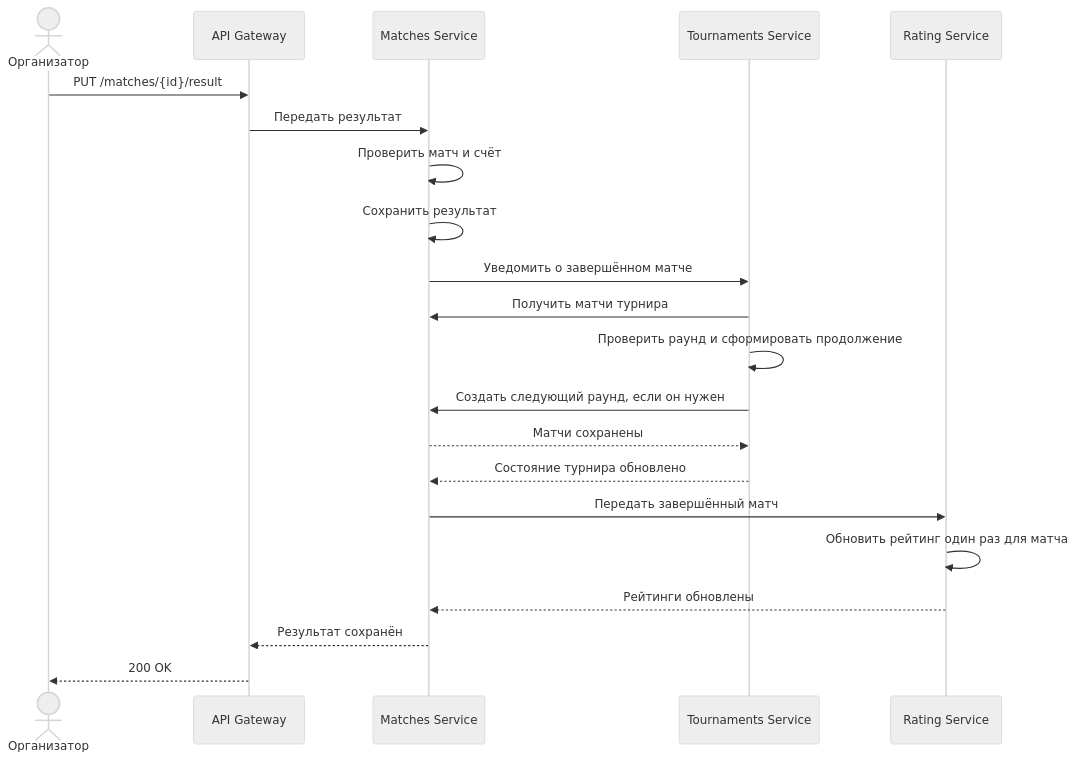
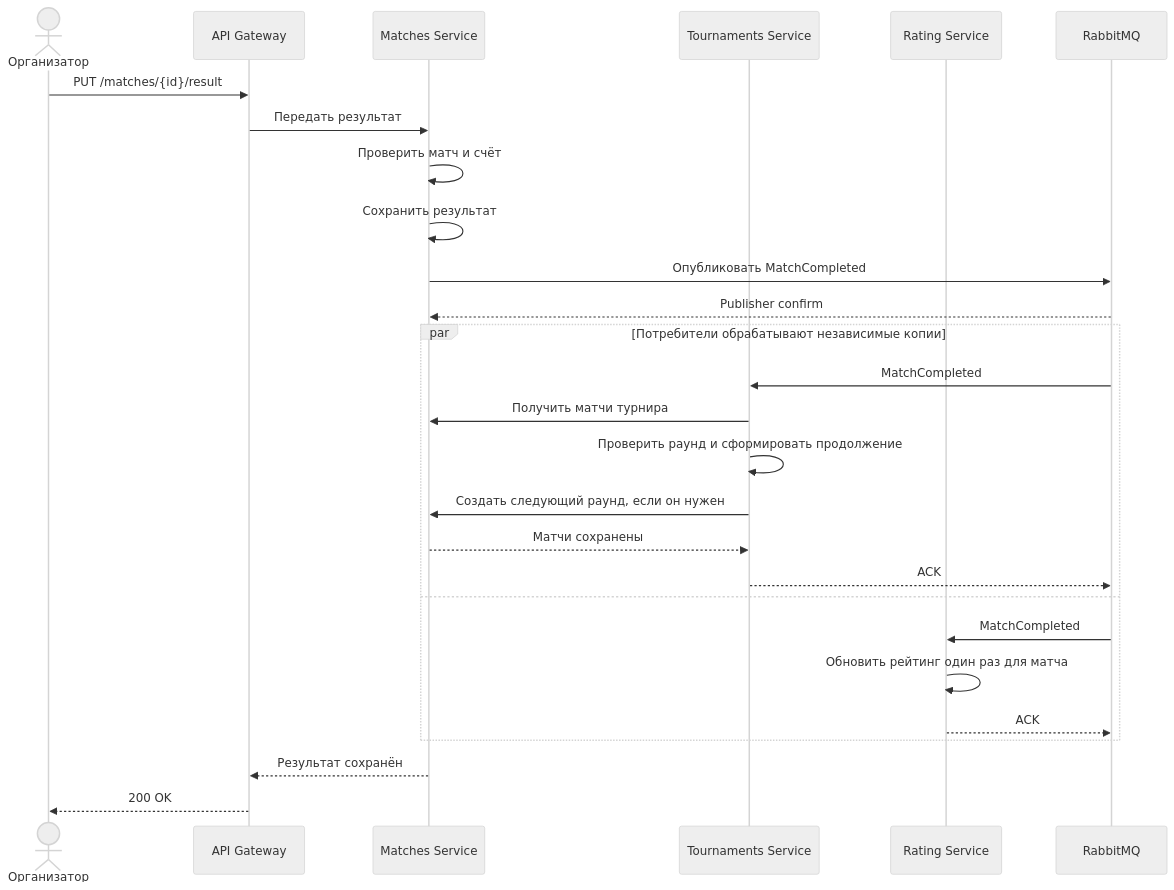
Before and after one commit to Neyvk/TournamentPlatform: the third of 3 diagrams in docs/ARCHITECTURE.md, drawn with Mermaid (neutral theme). The commit also changed other lines of this file and 17 other files, not shown here.

Commit message:
feat(messaging): publish match completion events through RabbitMQ

````diff
--- a/docs/ARCHITECTURE.md
+++ b/docs/ARCHITECTURE.md
@@ -241,24 +256,30 @@
 ```mermaid
 sequenceDiagram
     actor Organizer as Организатор
     participant Gateway as API Gateway
     participant Matches as Matches Service
     participant Tournaments as Tournaments Service
     participant Rating as Rating Service
+    participant RabbitMQ as RabbitMQ
 
     Organizer->>Gateway: PUT /matches/{id}/result
     Gateway->>Matches: Передать результат
     Matches->>Matches: Проверить матч и счёт
     Matches->>Matches: Сохранить результат
-    Matches->>Tournaments: Уведомить о завершённом матче
-    Tournaments->>Matches: Получить матчи турнира
-    Tournaments->>Tournaments: Проверить раунд и сформировать продолжение
-    Tournaments->>Matches: Создать следующий раунд, если он нужен
-    Matches-->>Tournaments: Матчи сохранены
-    Tournaments-->>Matches: Состояние турнира обновлено
-    Matches->>Rating: Передать завершённый матч
-    Rating->>Rating: Обновить рейтинг один раз для матча
-    Rating-->>Matches: Рейтинги обновлены
+    Matches->>RabbitMQ: Опубликовать MatchCompleted
+    RabbitMQ-->>Matches: Publisher confirm
+    par Потребители обрабатывают независимые копии
+        RabbitMQ->>Tournaments: MatchCompleted
+        Tournaments->>Matches: Получить матчи турнира
+        Tournaments->>Tournaments: Проверить раунд и сформировать продолжение
+        Tournaments->>Matches: Создать следующий раунд, если он нужен
+        Matches-->>Tournaments: Матчи сохранены
+        Tournaments-->>RabbitMQ: ACK
+    and
+        RabbitMQ->>Rating: MatchCompleted
+        Rating->>Rating: Обновить рейтинг один раз для матча
+        Rating-->>RabbitMQ: ACK
+    end
     Matches-->>Gateway: Результат сохранён
     Gateway-->>Organizer: 200 OK
 ```
````
